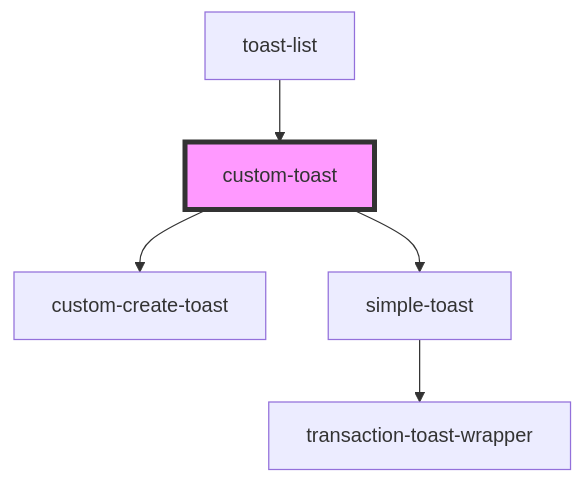
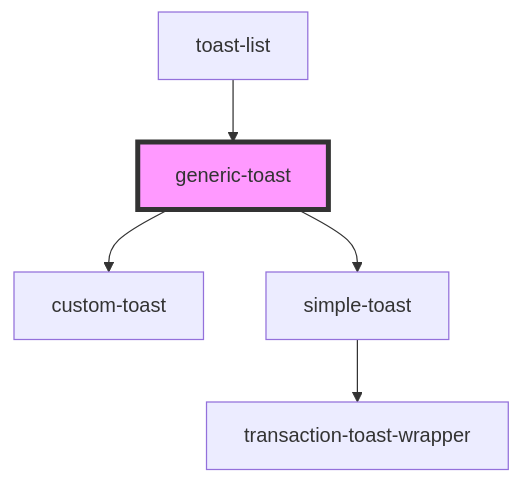
The diagram in src/components/toasts-list/components/custom-toast/readme.md (multiversx/mx-sdk-dapp-ui), drawn with Mermaid before and after one commit. The commit also changed other lines of this file and 12 other files, not shown here.

````diff
--- a/src/components/toasts-list/components/custom-toast/readme.md
+++ b/src/components/toasts-list/components/custom-toast/readme.md
@@ -34,8 +34,8 @@
 ```mermaid
 graph TD;
-  custom-toast --> custom-create-toast
-  custom-toast --> simple-toast
+  generic-toast --> custom-toast
+  generic-toast --> simple-toast
   simple-toast --> transaction-toast-wrapper
-  toast-list --> custom-toast
-  style custom-toast fill:#f9f,stroke:#333,stroke-width:4px
+  toast-list --> generic-toast
+  style generic-toast fill:#f9f,stroke:#333,stroke-width:4px
 ```
````
